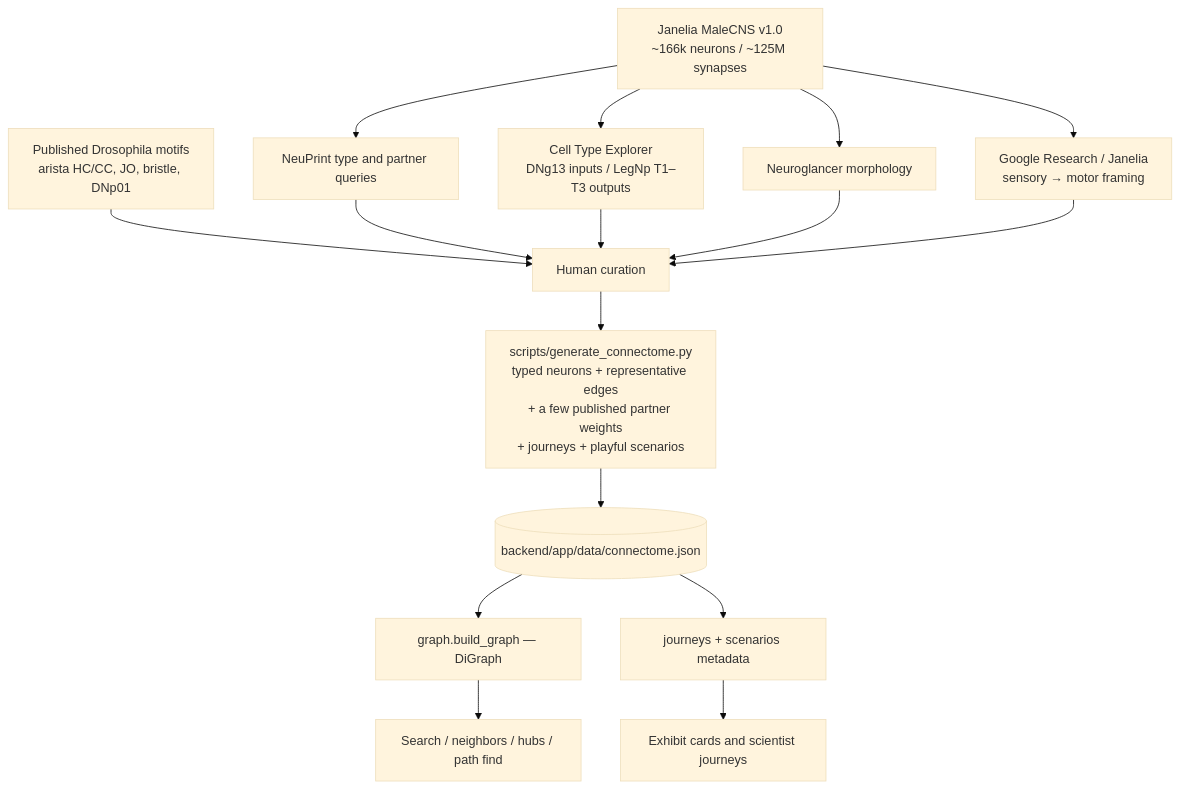
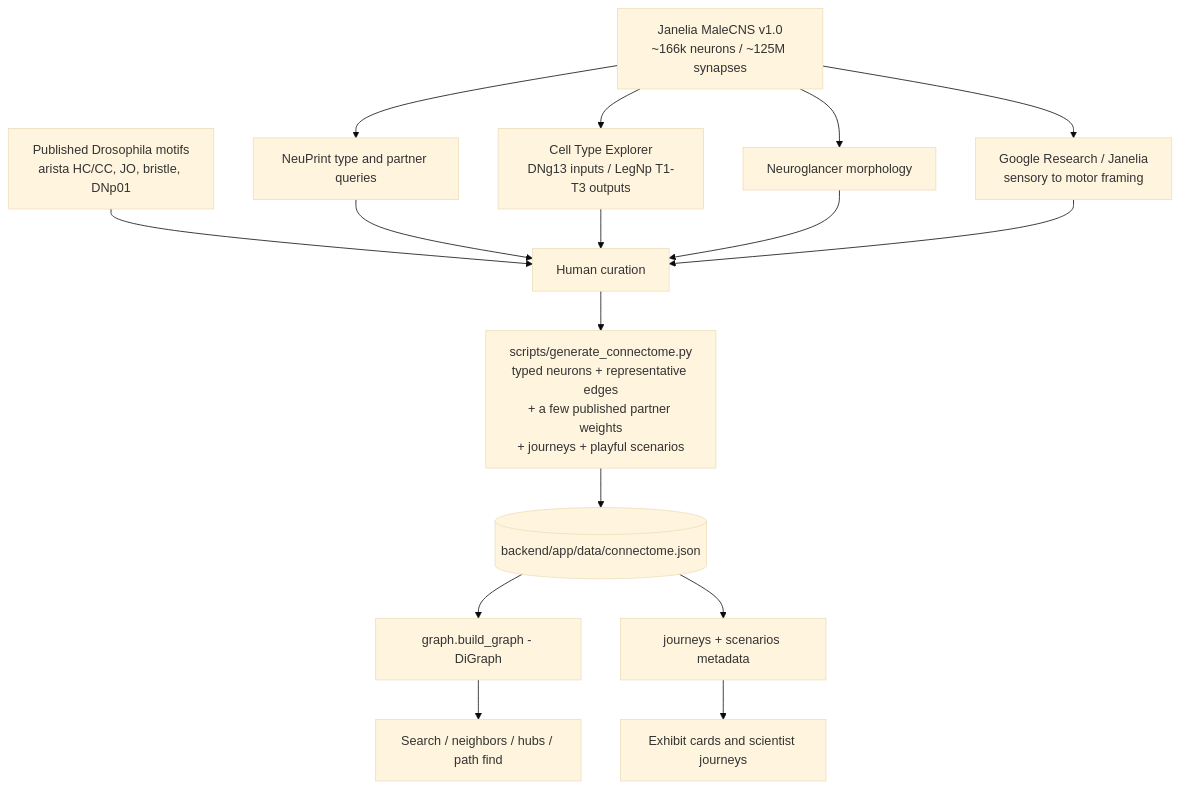
One commit to kalyandhar84/When-LLM-Play-with-fruit-fly-s-Brain changed the fifth of 9 diagrams in docs/ARCHITECTURE.md. Above: the diagram before and after it, drawn with Mermaid (base theme). The commit also changed other lines of this file and 9 other files, not shown here.

````diff
--- a/docs/ARCHITECTURE.md
+++ b/docs/ARCHITECTURE.md
@@ -624,20 +624,20 @@
 ```mermaid
 flowchart TD
-  A[Janelia MaleCNS v1.0<br/>~166k neurons / ~125M synapses] --> B[NeuPrint type and partner queries]
-  A --> C[Cell Type Explorer<br/>DNg13 inputs / LegNp T1–T3 outputs]
-  A --> D[Neuroglancer morphology]
-  A --> E[Google Research / Janelia<br/>sensory → motor framing]
-  E2[Published Drosophila motifs<br/>arista HC/CC, JO, bristle, DNp01] --> F
+  A["Janelia MaleCNS v1.0<br/>~166k neurons / ~125M synapses"] --> B["NeuPrint type and partner queries"]
+  A --> C["Cell Type Explorer<br/>DNg13 inputs / LegNp T1-T3 outputs"]
+  A --> D["Neuroglancer morphology"]
+  A --> E["Google Research / Janelia<br/>sensory to motor framing"]
+  E2["Published Drosophila motifs<br/>arista HC/CC, JO, bristle, DNp01"] --> F
 
   B --> F[Human curation]
   C --> F
   D --> F
   E --> F
 
   F --> G["scripts/generate_connectome.py<br/>typed neurons + representative edges<br/>+ a few published partner weights<br/>+ journeys + playful scenarios"]
   G --> H[(backend/app/data/connectome.json)]
-  H --> I[graph.build_graph — DiGraph]
+  H --> I["graph.build_graph - DiGraph"]
   I --> J[Search / neighbors / hubs / path find]
   H --> K[journeys + scenarios metadata]
   K --> L[Exhibit cards and scientist journeys]
 ```
````
